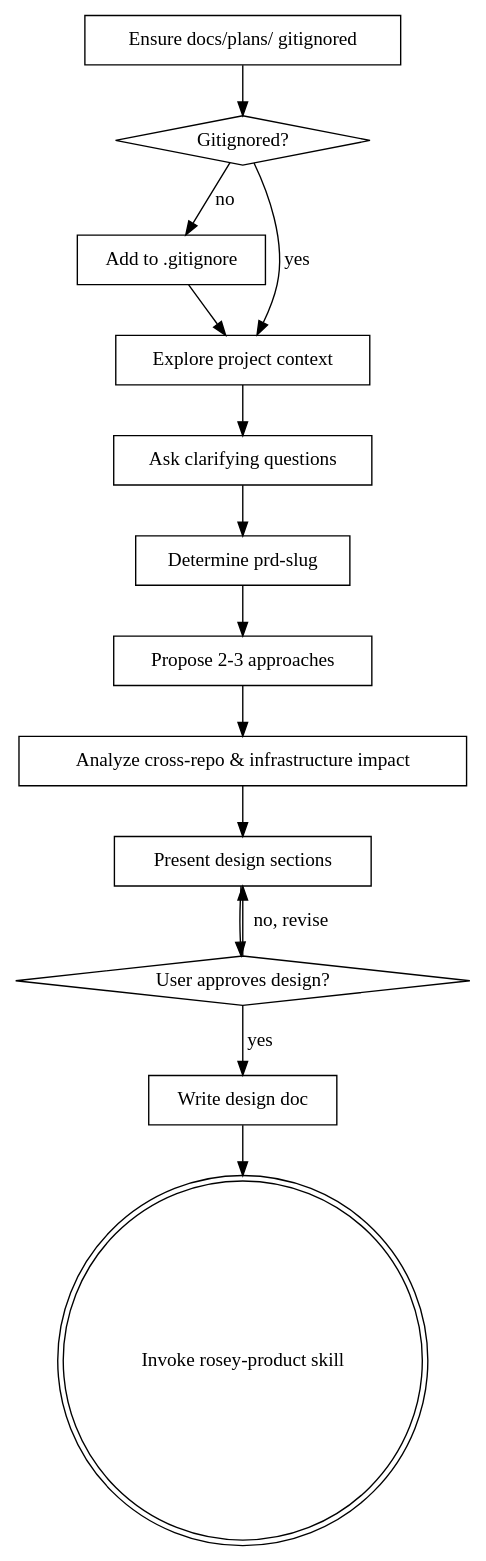
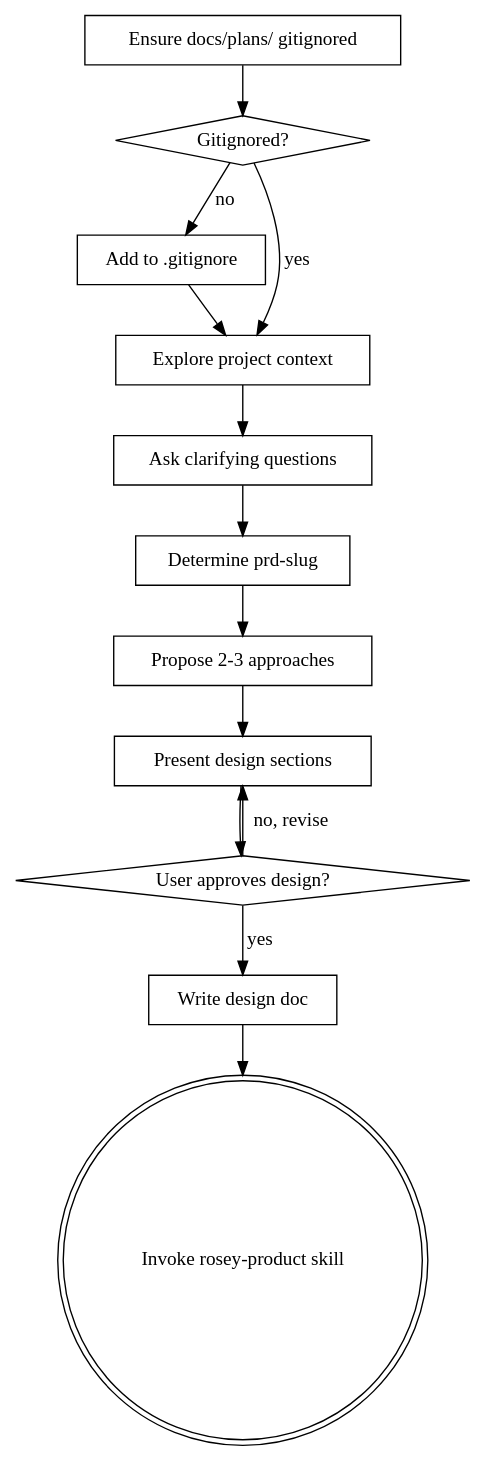
Before and after one commit to LuisAlejandro/mash-programming-skills: the diagram in .cursor/skills/rosey-brainstorm/SKILL.md, drawn with Graphviz. The commit also changed other lines of this file and 41 other files, not shown here.

````diff
--- a/.cursor/skills/rosey-brainstorm/SKILL.md
+++ b/.cursor/skills/rosey-brainstorm/SKILL.md
@@ -77,30 +51,28 @@
 ```dot
 digraph brainstorming {
     "Ensure docs/plans/ gitignored" [shape=box];
     "Gitignored?" [shape=diamond];
     "Add to .gitignore" [shape=box];
     "Explore project context" [shape=box];
     "Ask clarifying questions" [shape=box];
     "Determine prd-slug" [shape=box];
     "Propose 2-3 approaches" [shape=box];
-    "Analyze cross-repo & infrastructure impact" [shape=box];
     "Present design sections" [shape=box];
     "User approves design?" [shape=diamond];
     "Write design doc" [shape=box];
     "Invoke rosey-product skill" [shape=doublecircle];
 
     "Ensure docs/plans/ gitignored" -> "Gitignored?";
     "Gitignored?" -> "Add to .gitignore" [label="no"];
     "Gitignored?" -> "Explore project context" [label="yes"];
     "Add to .gitignore" -> "Explore project context";
     "Explore project context" -> "Ask clarifying questions";
     "Ask clarifying questions" -> "Determine prd-slug";
     "Determine prd-slug" -> "Propose 2-3 approaches";
-    "Propose 2-3 approaches" -> "Analyze cross-repo & infrastructure impact";
-    "Analyze cross-repo & infrastructure impact" -> "Present design sections";
+    "Propose 2-3 approaches" -> "Present design sections";
     "Present design sections" -> "User approves design?";
     "User approves design?" -> "Present design sections" [label="no, revise"];
     "User approves design?" -> "Write design doc" [label="yes"];
     "Write design doc" -> "Invoke rosey-product skill";
 }
 ```
````
